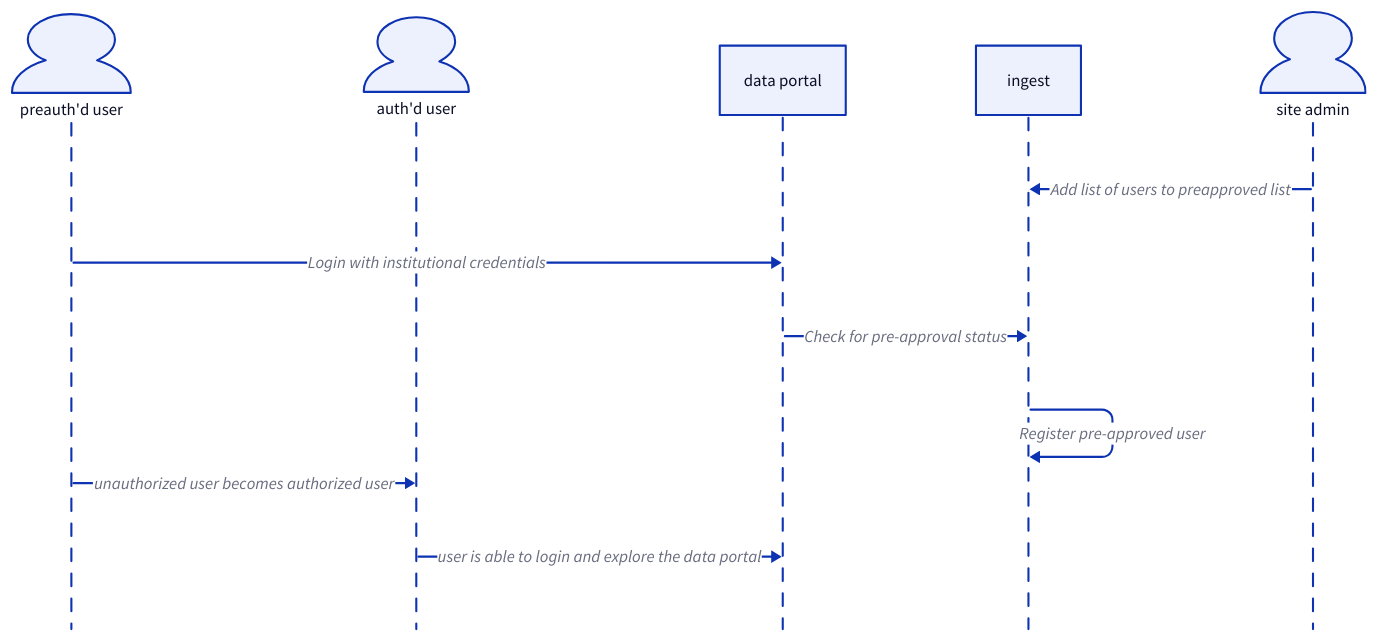
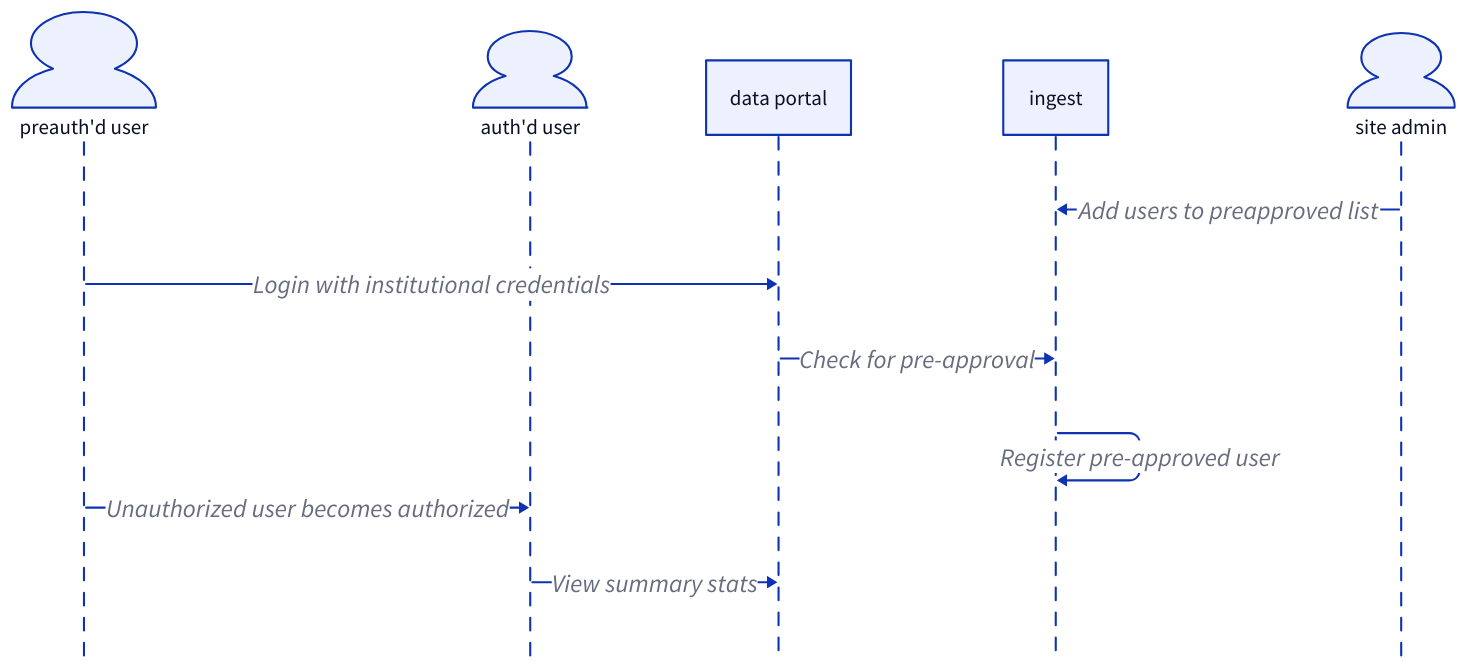
Before and after one commit to CanDIG/CanDIGv2: the second of 4 diagrams in docs/src/content/docs/user-roles/user-roles.mdx, drawn with D2. The commit also changed other lines of this file and 3 other files, not shown here.

````diff
--- a/docs/src/content/docs/user-roles/user-roles.mdx
+++ b/docs/src/content/docs/user-roles/user-roles.mdx
@@ -31,18 +36,20 @@
 ```d2 
 # User request flow
-style: {
-    font-size: 20
-}
 shape: sequence_diagram
 preauth'd user: {shape: person}
+preauth'd user.style.font-size: 20
 auth'd user: {shape: person}
+auth'd user.style.font-size: 20
 data portal
+data portal.style.font-size: 20
 ingest
+ingest.style.font-size: 20
 site admin: {shape: person}
-site admin -> ingest: Add list of users to preapproved list 
-preauth'd user -> data portal: Login with institutional credentials
-data portal -> ingest: Check for pre-approval status
-ingest -> ingest: Register pre-approved user
-preauth'd user -> auth'd user: unauthorized user becomes authorized user
-auth'd user -> data portal: user is able to login and explore the data portal
+site admin.style.font-size: 20
+site admin -> ingest: Add users to preapproved list {style: {font-size: 24}}
+preauth'd user -> data portal: Login with institutional credentials {style: {font-size: 24}}
+data portal -> ingest: Check for pre-approval {style: {font-size: 24}}
+ingest -> ingest: Register pre-approved user {style: {font-size: 24}}
+preauth'd user -> auth'd user: Unauthorized user becomes authorized {style: {font-size: 24}}
+auth'd user -> data portal: View summary stats {style: {font-size: 24}}
 ```
````
